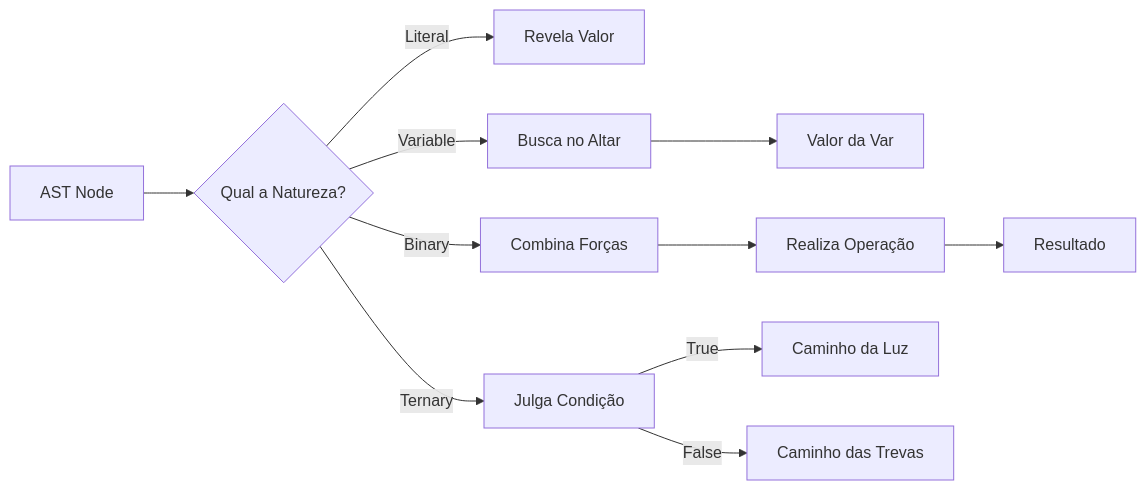
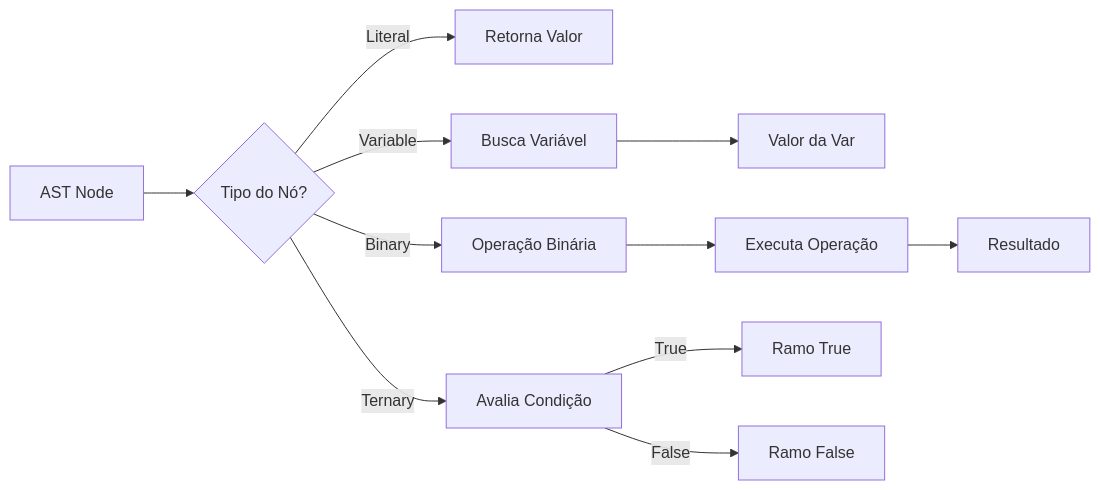
One commit to EduLoboM/OldFaith changed the second of 3 diagrams in documentation/interpreter.md. Above: the diagram before and after it, drawn with Mermaid. The commit also changed other lines of this file and 1 other file, not shown here.

````diff
--- a/documentation/interpreter.md
+++ b/documentation/interpreter.md
@@ -24,22 +24,22 @@
 ```mermaid
 
 graph LR
 
     %% Entrada
-    Input[AST Node]:::input --> Dispatch{Qual a Natureza?}:::logic
+    Input[AST Node]:::input --> Dispatch{Tipo do Nó?}:::logic
 
     %% Caminhos
-    Dispatch -->|Literal| Lit["Revela Valor"]:::result
+    Dispatch -->|Literal| Lit["Retorna Valor"]:::result
     
-    Dispatch -->|Variable| Var["Busca no Altar"]:::process
+    Dispatch -->|Variable| Var["Busca Variável"]:::process
     Var --> ResVar[Valor da Var]:::result
 
-    Dispatch -->|Binary| Bin["Combina Forças"]:::process
-    Bin --> Math["Realiza Operação"]:::process
+    Dispatch -->|Binary| Bin["Operação Binária"]:::process
+    Bin --> Math["Executa Operação"]:::process
     Math --> ResBin[Resultado]:::result
 
-    Dispatch -->|Ternary| Tern["Julga Condição"]:::process
-    Tern -->|True| BranchA["Caminho da Luz"]:::process
-    Tern -->|False| BranchB["Caminho das Trevas"]:::process
+    Dispatch -->|Ternary| Tern["Avalia Condição"]:::process
+    Tern -->|True| BranchA["Ramo True"]:::process
+    Tern -->|False| BranchB["Ramo False"]:::process
 
 ```
````
